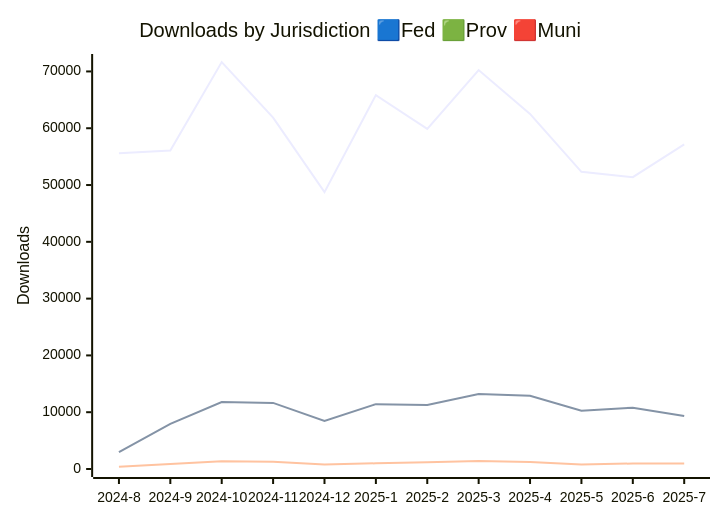
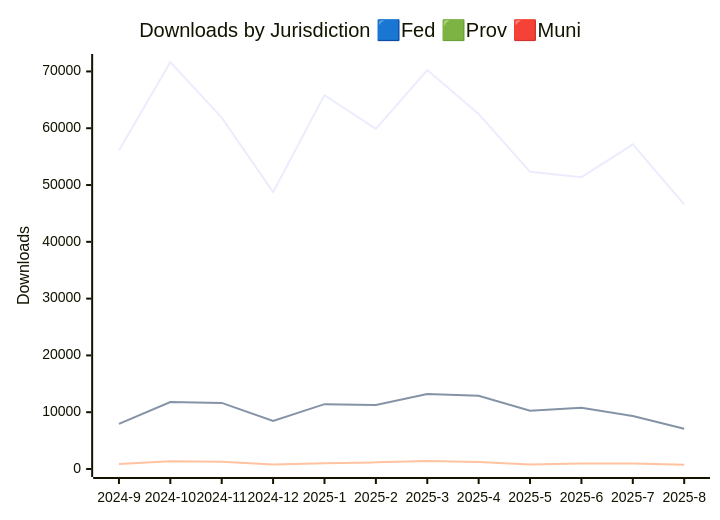
The first of 3 diagrams in JURISDICTION_ANALYTICS_REPORT/readme.md (PatLittle/analytics-corporate-reporting), drawn with Mermaid before and after one commit. The commit also changed other lines of this file and 3 other files, not shown here.

````diff
--- a/JURISDICTION_ANALYTICS_REPORT/readme.md
+++ b/JURISDICTION_ANALYTICS_REPORT/readme.md
@@ -4,10 +4,10 @@
 ```mermaid
 
 xychart-beta
     title "Downloads by Jurisdiction 🟦Fed 🟩Prov 🟥Muni"
-    x-axis [2024-8, 2024-9, 2024-10, 2024-11, 2024-12, 2025-1, 2025-2, 2025-3, 2025-4, 2025-5, 2025-6, 2025-7]
+    x-axis [2024-9, 2024-10, 2024-11, 2024-12, 2025-1, 2025-2, 2025-3, 2025-4, 2025-5, 2025-6, 2025-7, 2025-8]
     y-axis "Downloads" 0 --> 71663
-    line [55587, 56072, 71653, 61878, 48748, 65835, 59875, 70248, 62514, 52322, 51384, 57150]
-    line [2982, 7952, 11785, 11641, 8451, 11422, 11275, 13204, 12896, 10252, 10800, 9331]
-    line [398, 879, 1358, 1267, 801, 1001, 1170, 1408, 1229, 806, 966, 953]
+    line [56072, 71653, 61878, 48748, 65835, 59875, 70248, 62514, 52322, 51384, 57150, 46588]
+    line [7952, 11785, 11641, 8451, 11422, 11275, 13204, 12896, 10252, 10800, 9331, 7085]
+    line [879, 1358, 1267, 801, 1001, 1170, 1408, 1229, 806, 966, 953, 747]
 ```
````
